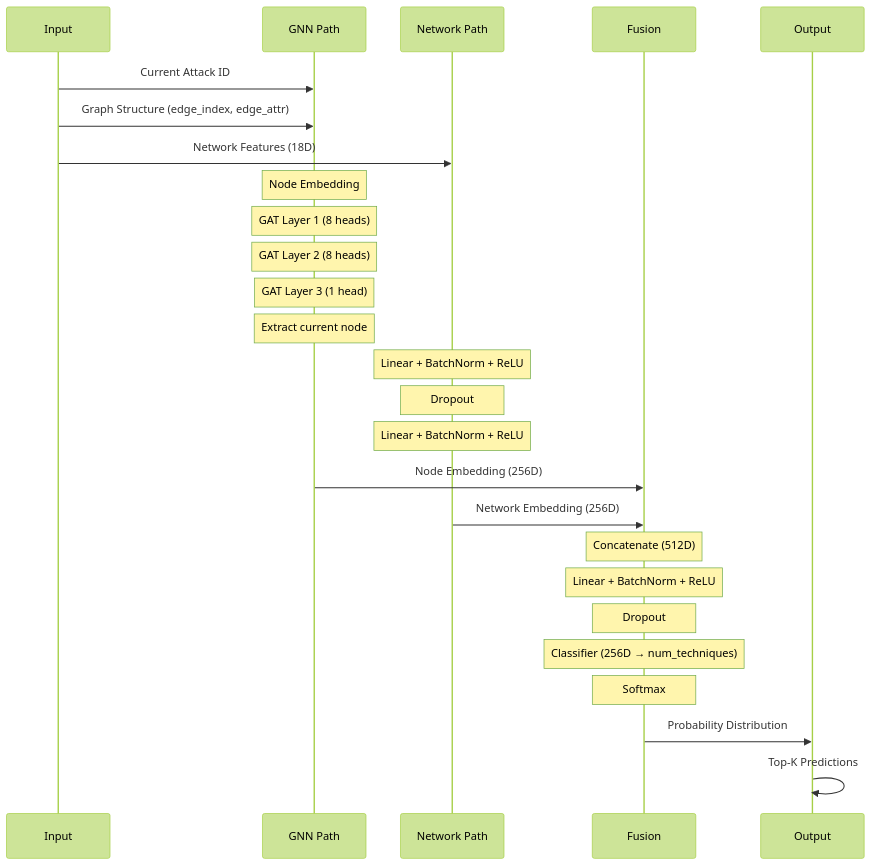
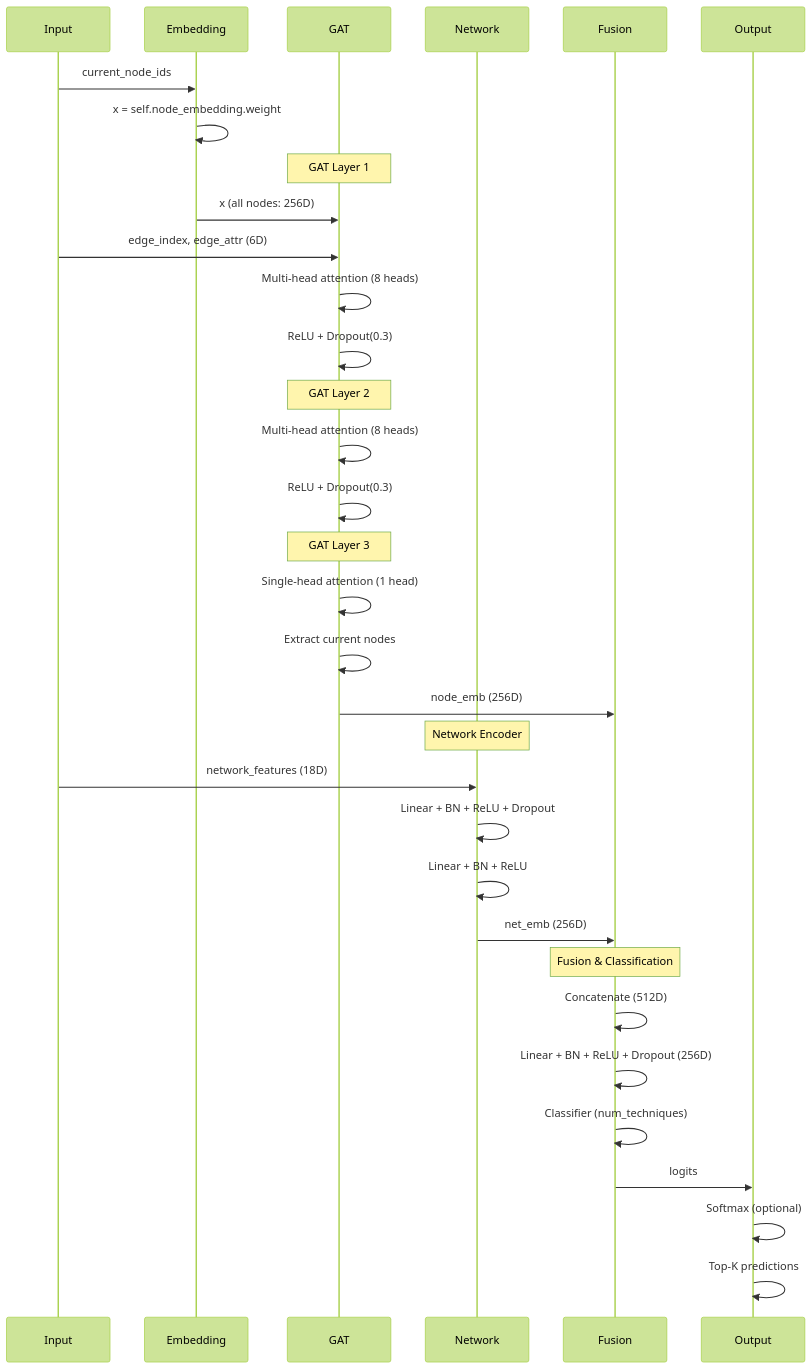
The eighth of 13 diagrams in docs/GNN_MODEL_ARCHITECTURE.md (Federated-ICS/Predection), drawn with Mermaid (forest theme) before and after one commit. The commit also changed other lines of this file and 4 other files, not shown here.

````diff
--- a/docs/GNN_MODEL_ARCHITECTURE.md
+++ b/docs/GNN_MODEL_ARCHITECTURE.md
@@ -336,34 +435,42 @@
 ```mermaid
 sequenceDiagram
     participant Input
-    participant GNN as GNN Path
-    participant Network as Network Path
+    participant Embedding
+    participant GAT
+    participant Network
     participant Fusion
     participant Output
     
-    Input->>GNN: Current Attack ID
-    Input->>GNN: Graph Structure (edge_index, edge_attr)
-    Input->>Network: Network Features (18D)
+    Input->>Embedding: current_node_ids
+    Embedding->>Embedding: x = self.node_embedding.weight
     
-    Note over GNN: Node Embedding
-    Note over GNN: GAT Layer 1 (8 heads)
-    Note over GNN: GAT Layer 2 (8 heads)
-    Note over GNN: GAT Layer 3 (1 head)
-    Note over GNN: Extract current node
+    Note over GAT: GAT Layer 1
+    Embedding->>GAT: x (all nodes: 256D)
+    Input->>GAT: edge_index, edge_attr (6D)
+    GAT->>GAT: Multi-head attention (8 heads)
+    GAT->>GAT: ReLU + Dropout(0.3)
     
-    Note over Network: Linear + BatchNorm + ReLU
-    Note over Network: Dropout
-    Note over Network: Linear + BatchNorm + ReLU
+    Note over GAT: GAT Layer 2
+    GAT->>GAT: Multi-head attention (8 heads)
+    GAT->>GAT: ReLU + Dropout(0.3)
     
-    GNN->>Fusion: Node Embedding (256D)
-    Network->>Fusion: Network Embedding (256D)
+    Note over GAT: GAT Layer 3
+    GAT->>GAT: Single-head attention (1 head)
+    GAT->>GAT: Extract current nodes
+    GAT->>Fusion: node_emb (256D)
     
-    Note over Fusion: Concatenate (512D)
-    Note over Fusion: Linear + BatchNorm + ReLU
-    Note over Fusion: Dropout
-    Note over Fusion: Classifier (256D → num_techniques)
-    Note over Fusion: Softmax
+    Note over Network: Network Encoder
+    Input->>Network: network_features (18D)
+    Network->>Network: Linear + BN + ReLU + Dropout
+    Network->>Network: Linear + BN + ReLU
+    Network->>Fusion: net_emb (256D)
     
-    Fusion->>Output: Probability Distribution
-    Output->>Output: Top-K Predictions
+    Note over Fusion: Fusion & Classification
+    Fusion->>Fusion: Concatenate (512D)
+    Fusion->>Fusion: Linear + BN + ReLU + Dropout (256D)
+    Fusion->>Fusion: Classifier (num_techniques)
+    Fusion->>Output: logits
+    
+    Output->>Output: Softmax (optional)
+    Output->>Output: Top-K predictions
 ```
````
